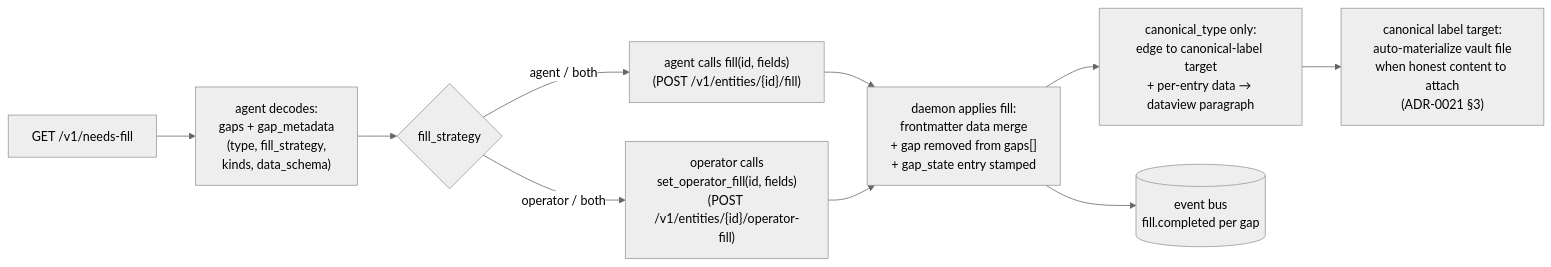
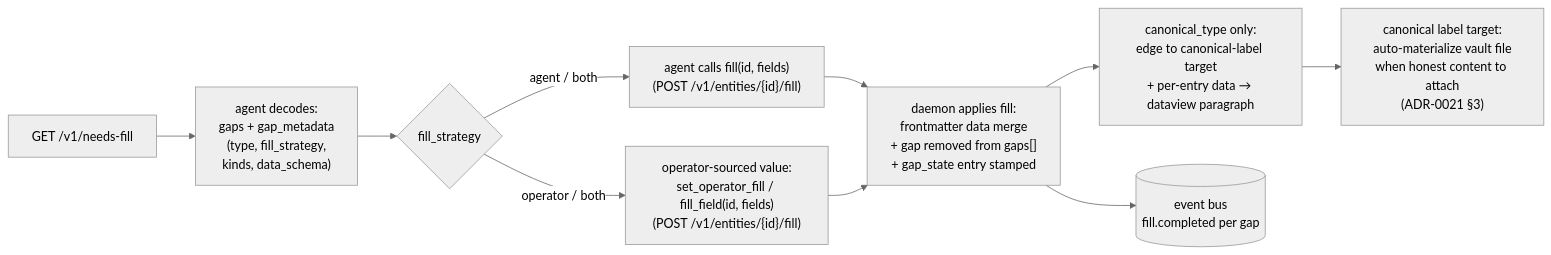
The diagram in docs/fill-gap.md (yaad-index/yaad-index), drawn with Mermaid (neutral theme) before and after one commit. The commit also changed other lines of this file and 7 other files, not shown here.

````diff
--- a/docs/fill-gap.md
+++ b/docs/fill-gap.md
@@ -11,21 +11,21 @@
 ```mermaid
 flowchart LR
     Need["GET /v1/needs-fill"]
     Decode["agent decodes:<br/>gaps + gap_metadata<br/>(type, fill_strategy,<br/>kinds, data_schema)"]
     Strat{"fill_strategy"}
     Agent["agent calls fill(id, fields)<br/>(POST /v1/entities/{id}/fill)"]
-    Op["operator calls<br/>set_operator_fill(id, fields)<br/>(POST /v1/entities/{id}/operator-fill)"]
+    Op["operator-sourced value:<br/>set_operator_fill / fill_field(id, fields)<br/>(POST /v1/entities/{id}/fill)"]
     Apply["daemon applies fill:<br/>frontmatter data merge<br/>+ gap removed from gaps[]<br/>+ gap_state entry stamped"]
     Edge["canonical_type only:<br/>edge to canonical-label target<br/>+ per-entry data → dataview paragraph"]
     Bus[("event bus<br/>fill.completed per gap")]
     Materialize["canonical label target:<br/>auto-materialize vault file<br/>when honest content to attach<br/>(ADR-0021 §3)"]
 
     Need --> Decode --> Strat
     Strat -->|agent / both| Agent
     Strat -->|operator / both| Op
     Agent --> Apply
     Op --> Apply
     Apply --> Edge
     Apply --> Bus
     Edge --> Materialize
 ```
````
